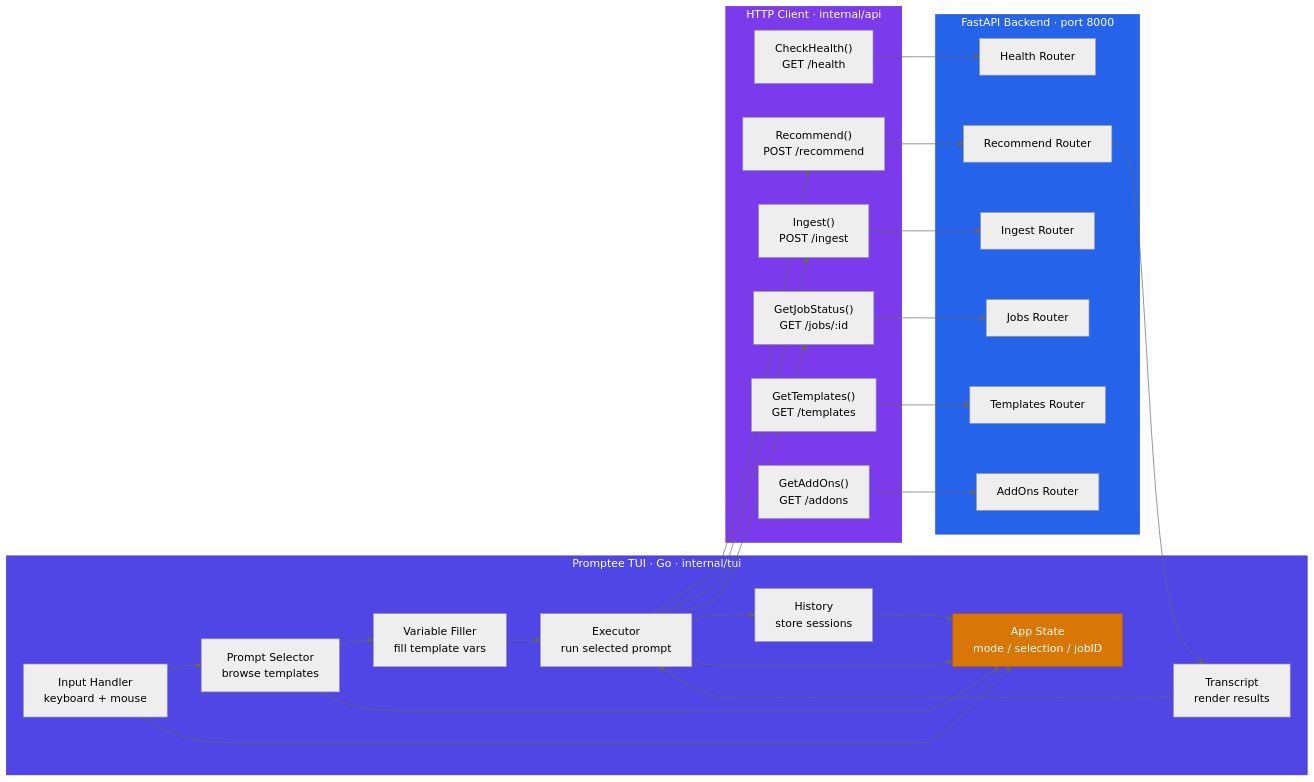
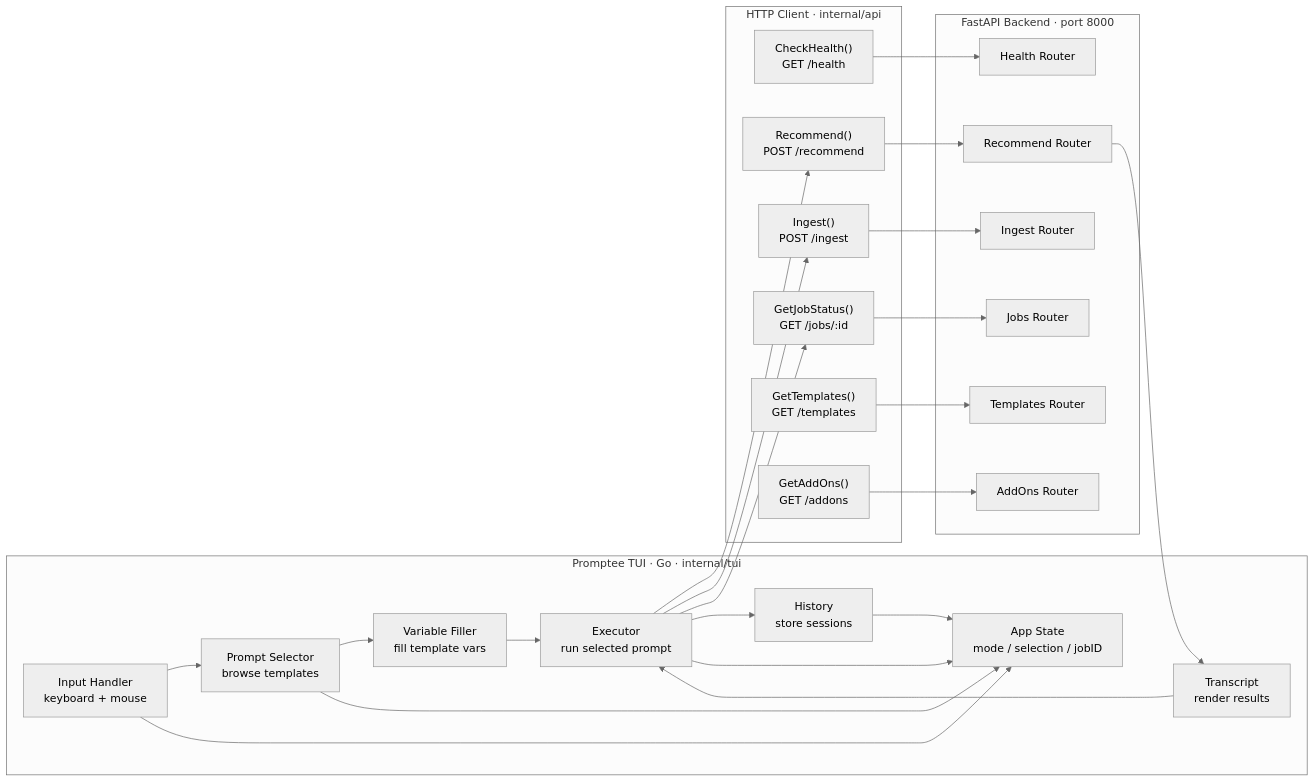
Diagram 13 of 14 in docs/diagrams.md (Escanor4323/Promptee), drawn with Mermaid (neutral theme) before and after one commit. The commit also changed other lines of this file and 2 other files, not shown here.

````diff
--- a/docs/diagrams.md
+++ b/docs/diagrams.md
@@ -546,62 +542,58 @@
 ```mermaid
 graph LR
     subgraph TUI["Promptee TUI  ·  Go  ·  internal/tui"]
         Input["Input Handler\nkeyboard + mouse"]
         PromptSel["Prompt Selector\nbrowse templates"]
         VarFill["Variable Filler\nfill template vars"]
         Exec["Executor\nrun selected prompt"]
         Trans["Transcript\nrender results"]
         Hist["History\nstore sessions"]
         State["App State\nmode / selection / jobID"]
     end
 
     subgraph Client["HTTP Client  ·  internal/api"]
         HC["CheckHealth()\nGET /health"]
         RC["Recommend()\nPOST /recommend"]
         IC["Ingest()\nPOST /ingest"]
         JC["GetJobStatus()\nGET /jobs/:id"]
         TC["GetTemplates()\nGET /templates"]
         AC["GetAddOns()\nGET /addons"]
     end
 
     subgraph Back["FastAPI Backend  ·  port 8000"]
         HA["Health Router"]
         RA["Recommend Router"]
         IA["Ingest Router"]
         JA["Jobs Router"]
         TA["Templates Router"]
         AA["AddOns Router"]
     end
 
     %% TUI user flow
     Input --> PromptSel
     PromptSel --> VarFill
     VarFill --> Exec
     Exec --> RC
     Exec --> IC
     Exec --> JC
 
     %% Client to backend HTTP
     HC --> HA
     RC --> RA
     IC --> IA
     JC --> JA
     TC --> TA
     AC --> AA
 
     %% Backend responses back to TUI
     RA --> Trans
     Trans --> Exec
     Exec --> Hist
 
     %% State updates
     Input --> State
     PromptSel --> State
     Exec --> State
     Hist --> State
 
-    style TUI    fill:#4F46E5,color:#fff,stroke:#4338CA
-    style Client fill:#7C3AED,color:#fff,stroke:#6D28D9
-    style Back   fill:#2563EB,color:#fff,stroke:#1D4ED8
-    style State  fill:#D97706,color:#fff,stroke:#B45309
 ```
````
